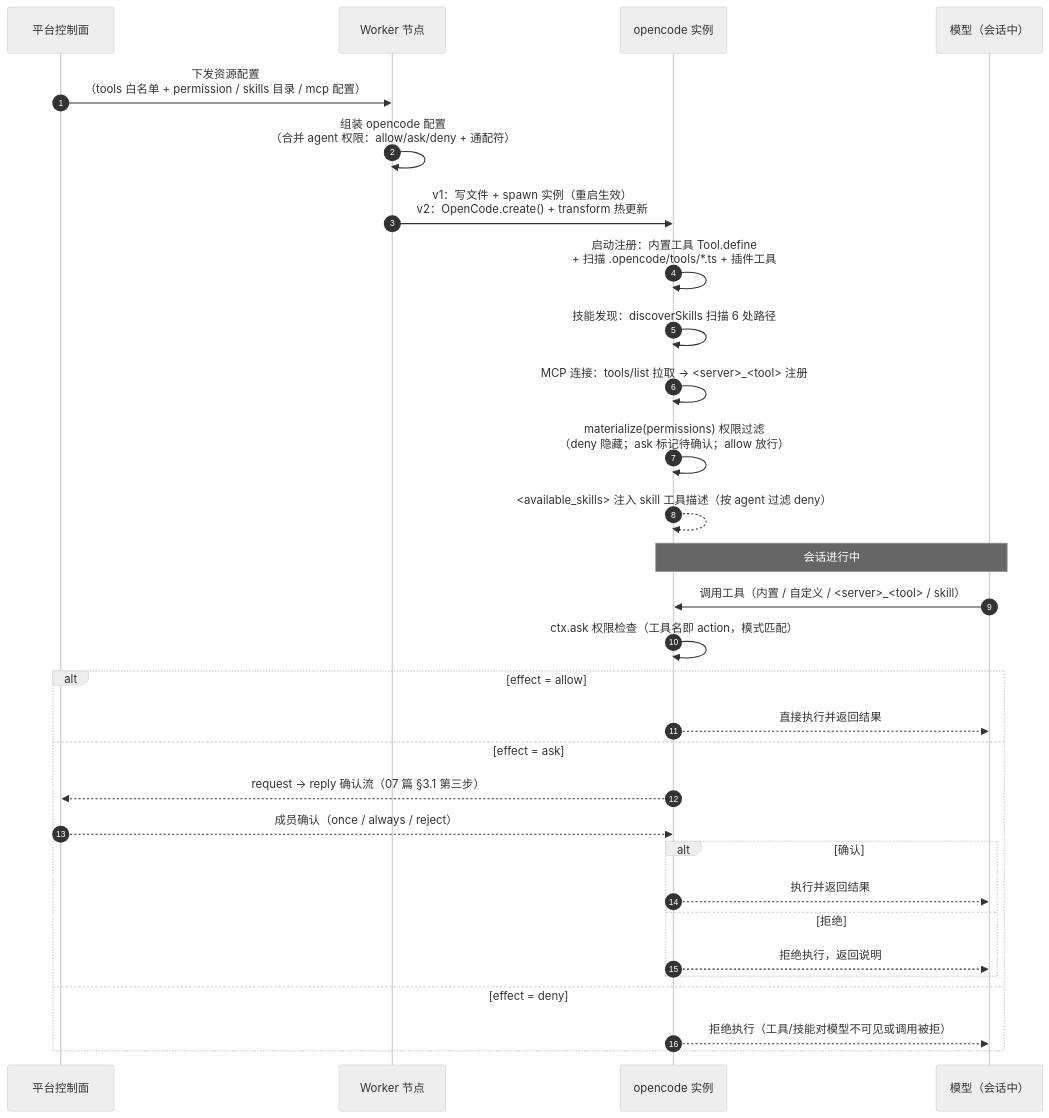
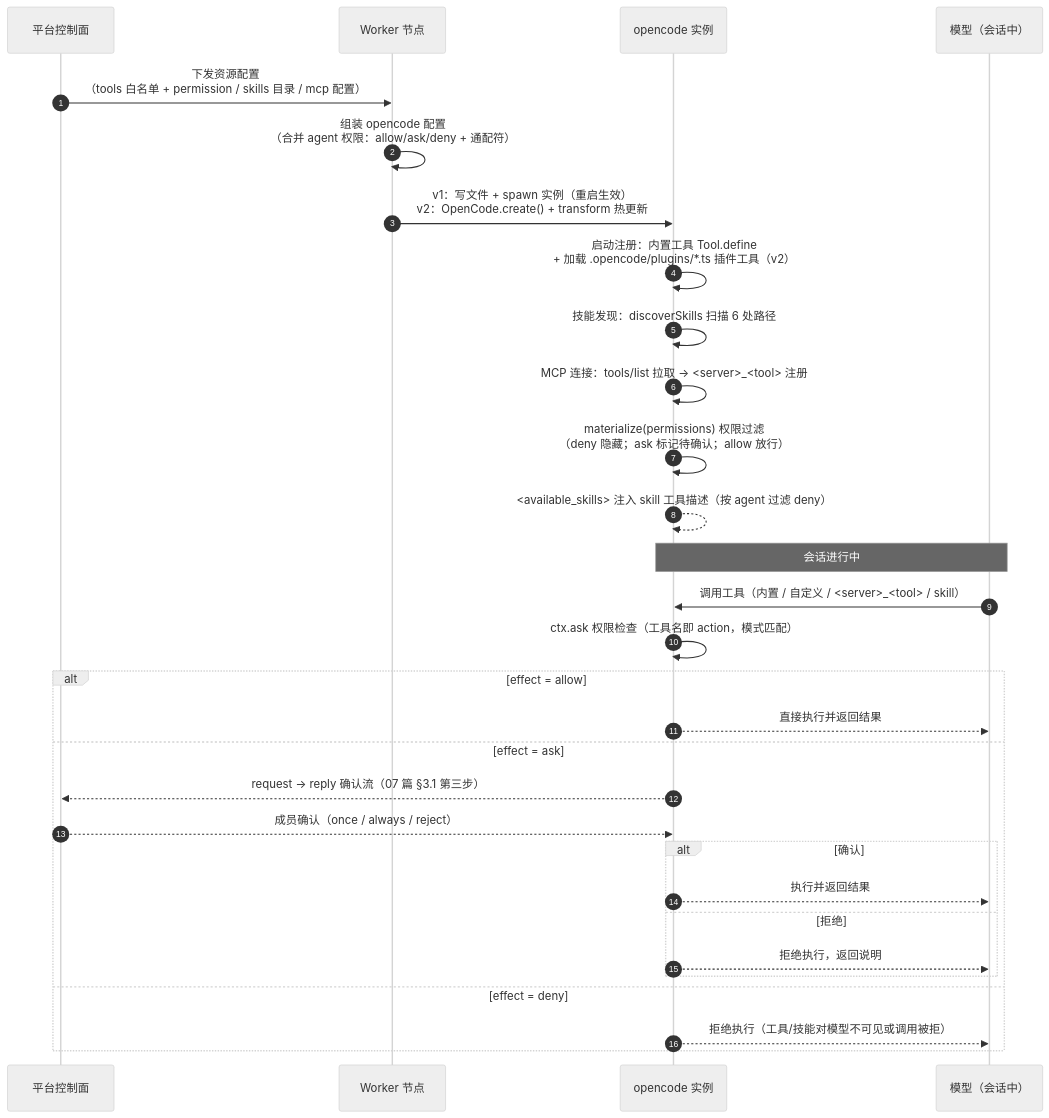
Before and after one commit to guolong123/vteam: the diagram in docs/agent-platform/11-资源与注册机制（工具skills-mcp）.md, drawn with Mermaid (neutral theme). The commit also changed other lines of this file and 201 other files, not shown here.

````diff
--- a/docs/agent-platform/11-资源与注册机制（工具skills-mcp）.md
+++ b/docs/agent-platform/11-资源与注册机制（工具skills-mcp）.md
@@ -304,33 +312,33 @@
 ```mermaid
 sequenceDiagram
     autonumber
     participant P as 平台控制面
     participant W as Worker 节点
     participant O as opencode 实例
     participant M as 模型（会话中）
 
     P->>W: 下发资源配置<br/>（tools 白名单 + permission / skills 目录 / mcp 配置）
     W->>W: 组装 opencode 配置<br/>（合并 agent 权限：allow/ask/deny + 通配符）
     W->>O: v1：写文件 + spawn 实例（重启生效）<br/>v2：OpenCode.create() + transform 热更新
-    O->>O: 启动注册：内置工具 Tool.define<br/>+ 扫描 .opencode/tools/*.ts + 插件工具
+    O->>O: 启动注册：内置工具 Tool.define<br/>+ 加载 .opencode/plugins/*.ts 插件工具（v2）
     O->>O: 技能发现：discoverSkills 扫描 6 处路径
     O->>O: MCP 连接：tools/list 拉取 → <server>_<tool> 注册
     O->>O: materialize(permissions) 权限过滤<br/>（deny 隐藏；ask 标记待确认；allow 放行）
     O-->>O: <available_skills> 注入 skill 工具描述（按 agent 过滤 deny）
     Note over M,O: 会话进行中
     M->>O: 调用工具（内置 / 自定义 / <server>_<tool> / skill）
     O->>O: ctx.ask 权限检查（工具名即 action，模式匹配）
     alt effect = allow
         O-->>M: 直接执行并返回结果
     else effect = ask
         O-->>P: request → reply 确认流（07 篇 §3.1 第三步）
         P-->>O: 成员确认（once / always / reject）
         alt 确认
             O-->>M: 执行并返回结果
         else 拒绝
             O-->>M: 拒绝执行，返回说明
         end
     else effect = deny
         O-->>M: 拒绝执行（工具/技能对模型不可见或调用被拒）
     end
 ```
````
